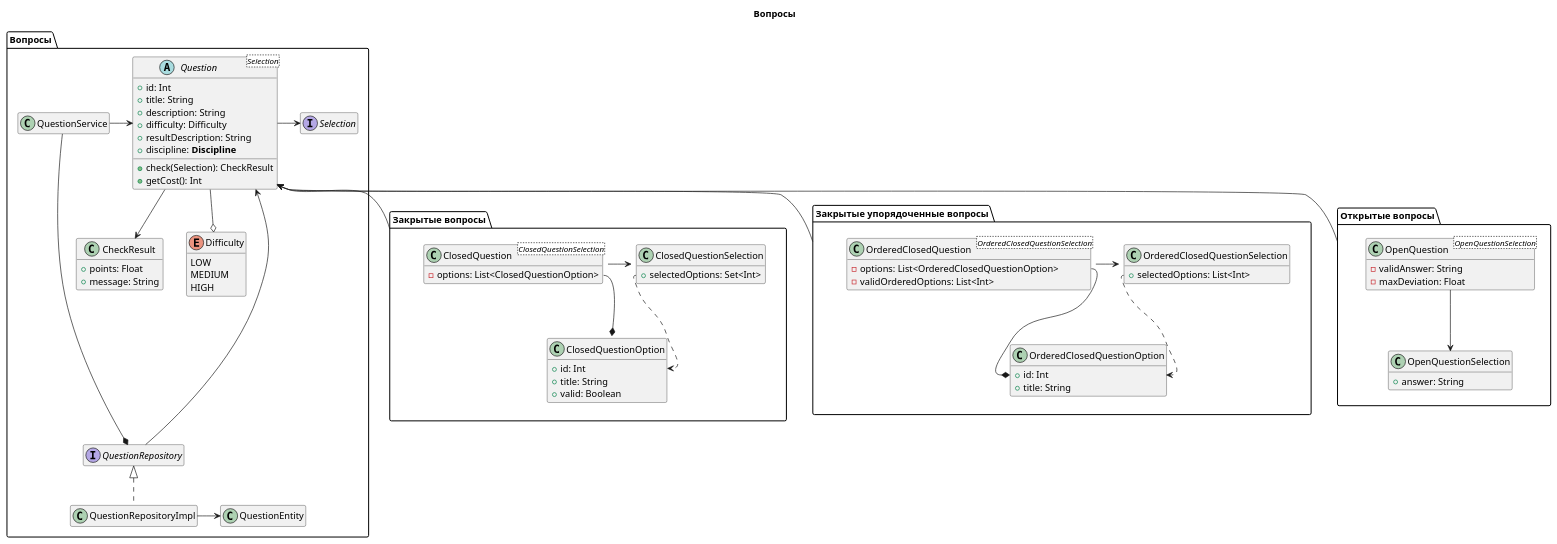
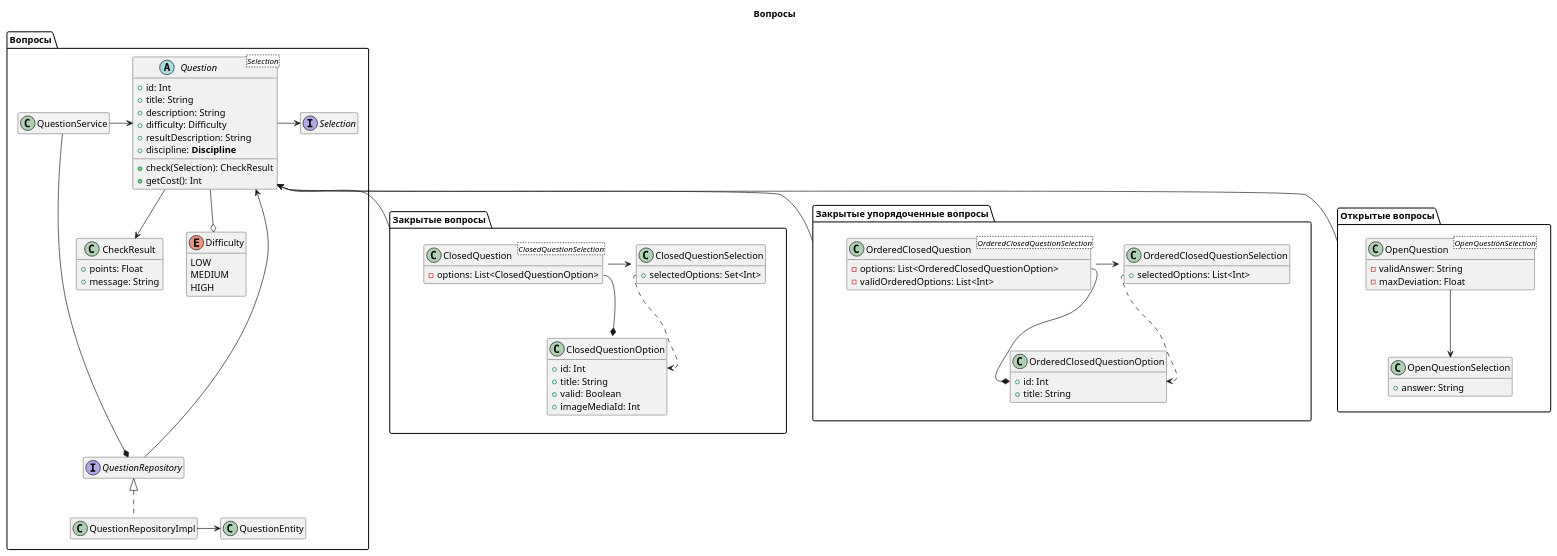
The diagram in src/main/docs/classes_question.puml (hyposun/deppplom), drawn with PlantUML before and after one commit.

Commit message:
chg: актуализации схем

```diff
--- a/src/main/docs/classes_question.puml
+++ b/src/main/docs/classes_question.puml
@@ -1,118 +1,119 @@
 @startuml
 
 hide empty members
 allowmixing
 
 title "Вопросы"
 
 package "Вопросы" as questions {
 
     class QuestionService
 
     class CheckResult {
         + points: Float
         + message: String
     }
 
     abstract class Question<Selection> {
         + id: Int
         + title: String
         + description: String
         + difficulty: Difficulty
         + resultDescription: String
         + discipline: <b>Discipline</b>
         + check(Selection): CheckResult
         + getCost(): Int
     }
 
     interface Selection
     Question -> Selection
     Question --o Difficulty
     Question -d-> CheckResult
 
     enum Difficulty {
         LOW
         MEDIUM
         HIGH
     }
 
     QuestionService -> Question
 
     interface QuestionRepository
     QuestionService ----* QuestionRepository
 
     Question <-- QuestionRepository
 
     class QuestionRepositoryImpl implements QuestionRepository
     class QuestionEntity
 
     QuestionRepositoryImpl -> QuestionEntity
 
 }
 
 package "Закрытые вопросы" as closed_questions {
 
     class ClosedQuestion<ClosedQuestionSelection> {
         - options: List<ClosedQuestionOption>
     }
 
     class ClosedQuestionSelection {
         + selectedOptions: Set<Int>
     }
 
     class ClosedQuestionOption {
         + id: Int
         + title: String
         + valid: Boolean
+        + imageMediaId: Int
     }
 
     ClosedQuestion::options --* ClosedQuestionOption
     ClosedQuestion -> ClosedQuestionSelection
 
     ClosedQuestionSelection::selectedOptions ..> ClosedQuestionOption::id
 }
 
 package "Закрытые упорядоченные вопросы" as ordered_questions {
 
     class OrderedClosedQuestion<OrderedClosedQuestionSelection> {
         - options: List<OrderedClosedQuestionOption>
         - validOrderedOptions: List<Int>
     }
 
     class OrderedClosedQuestionSelection {
         + selectedOptions: List<Int>
     }
 
     class OrderedClosedQuestionOption {
         + id: Int
         + title: String
     }
 
     OrderedClosedQuestion -> OrderedClosedQuestionSelection
 
     OrderedClosedQuestion::options --* OrderedClosedQuestionOption::id
 
     OrderedClosedQuestionSelection::selectedOptions ..> OrderedClosedQuestionOption::id
 
 }
 
 package "Открытые вопросы" as open_questions {
 
     class OpenQuestion<OpenQuestionSelection> {
         - validAnswer: String
         - maxDeviation: Float
     }
 
     class OpenQuestionSelection {
         + answer: String
     }
 
     OpenQuestion --> OpenQuestionSelection
 }
 
 Question <-- closed_questions
 Question <-- ordered_questions
 Question <-- open_questions
 
 
 @enduml
```
